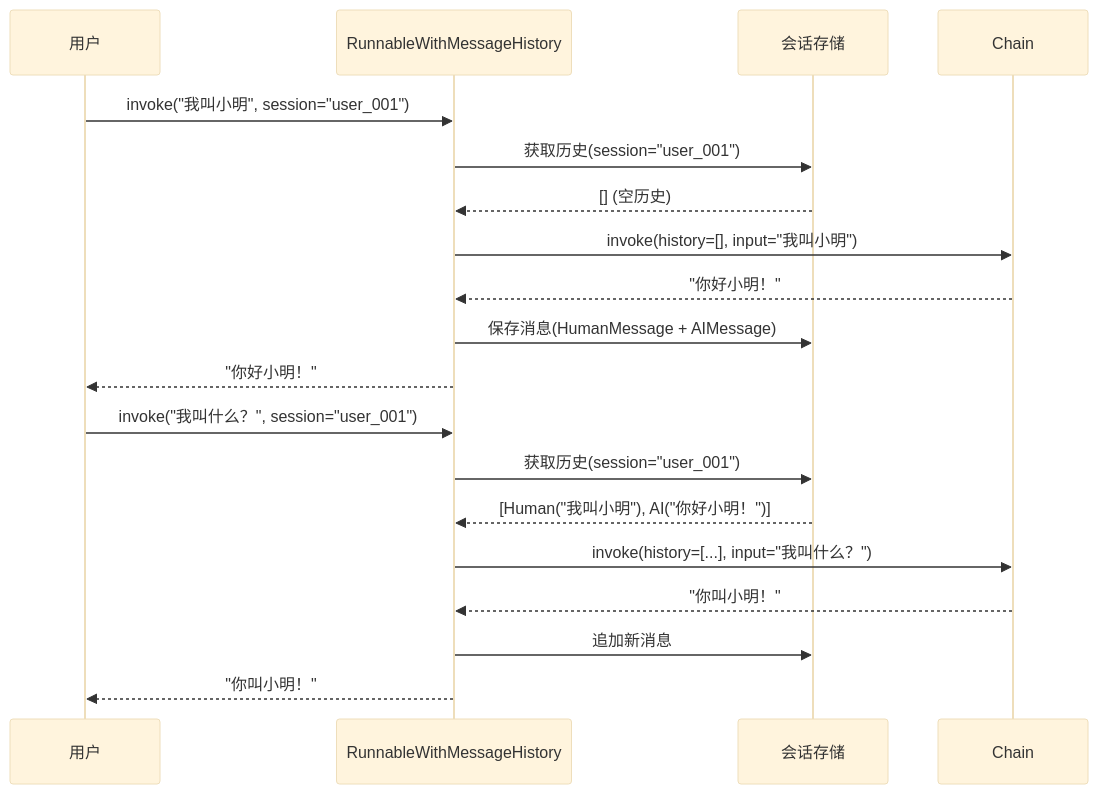
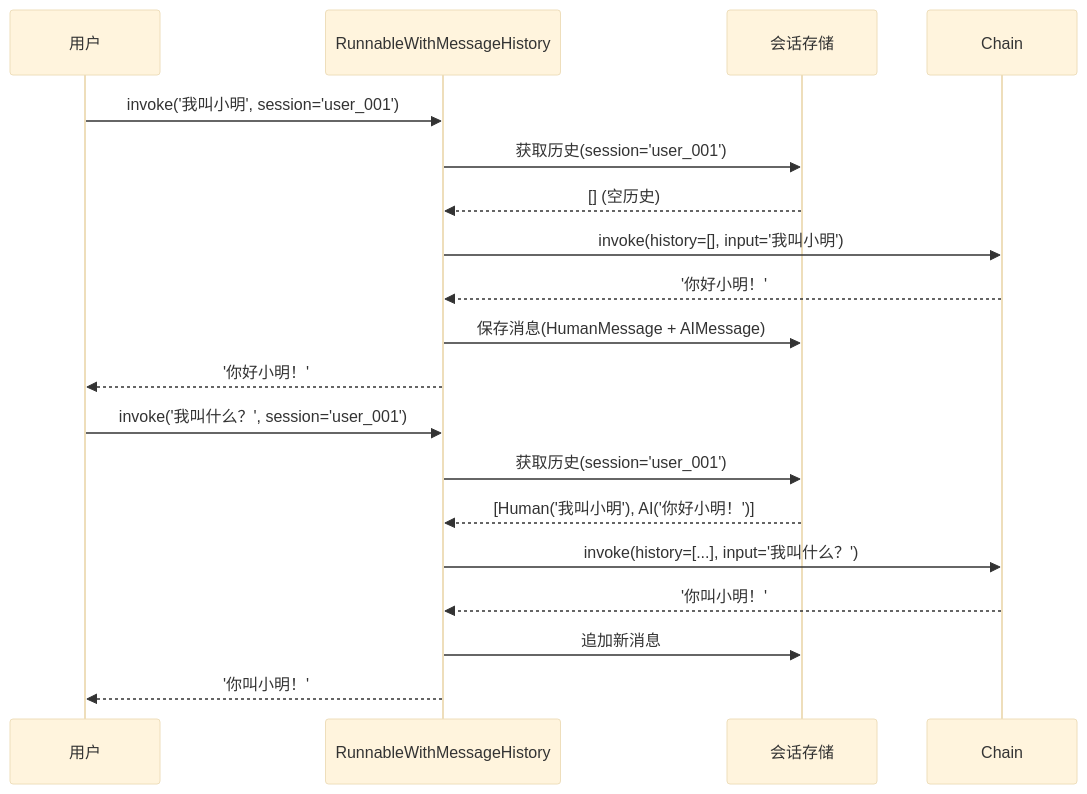
Before and after one commit to Cleam/langchain: the first of 4 diagrams in learn/15-memory.md, drawn with Mermaid (base theme). The commit also changed other lines of this file and 7 other files, not shown here.

First line of the commit message:
docs(learn): fix mermaid diagram syntax errors across all tutorial chapters

````diff
--- a/learn/15-memory.md
+++ b/learn/15-memory.md
@@ -146,23 +146,23 @@
 ```mermaid
 sequenceDiagram
     participant U as 用户
     participant RH as RunnableWithMessageHistory
     participant S as 会话存储
     participant C as Chain
 
-    U->>RH: invoke("我叫小明", session="user_001")
-    RH->>S: 获取历史(session="user_001")
+    U->>RH: invoke('我叫小明', session='user_001')
+    RH->>S: 获取历史(session='user_001')
     S-->>RH: [] (空历史)
-    RH->>C: invoke(history=[], input="我叫小明")
-    C-->>RH: "你好小明！"
+    RH->>C: invoke(history=[], input='我叫小明')
+    C-->>RH: '你好小明！'
     RH->>S: 保存消息(HumanMessage + AIMessage)
-    RH-->>U: "你好小明！"
+    RH-->>U: '你好小明！'
     
-    U->>RH: invoke("我叫什么？", session="user_001")
-    RH->>S: 获取历史(session="user_001")
-    S-->>RH: [Human("我叫小明"), AI("你好小明！")]
-    RH->>C: invoke(history=[...], input="我叫什么？")
-    C-->>RH: "你叫小明！"
+    U->>RH: invoke('我叫什么？', session='user_001')
+    RH->>S: 获取历史(session='user_001')
+    S-->>RH: [Human('我叫小明'), AI('你好小明！')]
+    RH->>C: invoke(history=[...], input='我叫什么？')
+    C-->>RH: '你叫小明！'
     RH->>S: 追加新消息
-    RH-->>U: "你叫小明！"
+    RH-->>U: '你叫小明！'
 ```
````
